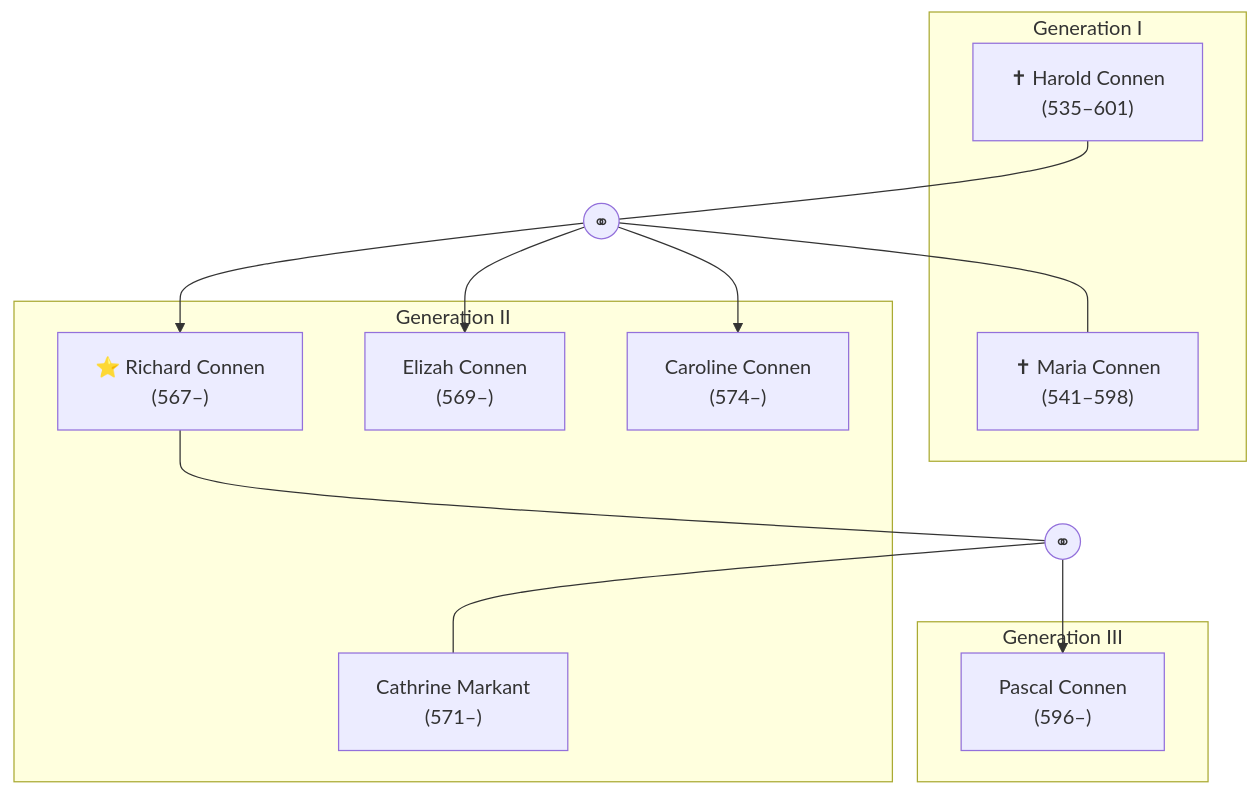
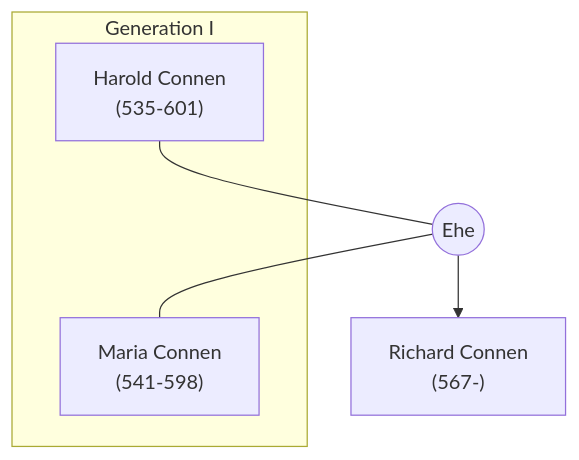
The diagram in content/charaktere/familien/connen.md (TheFabzie/book_lore), drawn with Mermaid before and after one commit.

Commit message:
Stammbaum

````diff
--- a/content/charaktere/familien/connen.md
+++ b/content/charaktere/familien/connen.md
@@ -7,43 +7,15 @@
 ```mermaid
 graph TD
-%% =====================================
-%%  HAUS / FAMILIE: Connen
-%% =====================================
-
-%% ---------- Generation I ----------
 subgraph Gen1["Generation I"]
-  harold_connen["✝ Harold Connen<br/>(535–601)"]
-  maria_connen["✝ Maria Connen<br/>(541–598)"]
+  harold_connen["Harold Connen<br/>(535-601)"]
+  maria_connen["Maria Connen<br/>(541-598)"]
 end
 
-harold_connen --- e1((⚭)) --- maria_connen
+harold_connen --- e1((Ehe)) --- maria_connen
+e1 --> richard_connen["Richard Connen<br/>(567-)"]
 
-%% ---------- Generation II ----------
-subgraph Gen2["Generation II"]
-  richard_connen["⭐ Richard Connen<br/>(567–)"]
-  elizah_connen["Elizah Connen<br/>(569–)"]
-  caroline_connen["Caroline Connen<br/>(574–)"]
-  cathrine_markant["Cathrine Markant<br/>(571–)"]
-end
-
-e1 --> richard_connen
-e1 --> elizah_connen
-e1 --> caroline_connen
-
-%% ---------- Generation III ----------
-subgraph Gen3["Generation III"]
-  pascal_connen["Pascal Connen<br/>(596–)"]
-end
-
-richard_connen --- e2((⚭)) --- cathrine_markant
-e2 --> pascal_connen
-
-%% ---------- Klickbare Links ----------
 click harold_connen "/charaktere/harold-connen"
 click maria_connen "/charaktere/maria-connen"
 click richard_connen "/charaktere/richard-connen"
-click elizah_connen "/charaktere/elizah-connen"
-click caroline_connen "/charaktere/caroline-connen"
-click cathrine_markant "/charaktere/cathrine-markant"
-click pascal_connen "/charaktere/pascal-connen"
+
 ```
````
